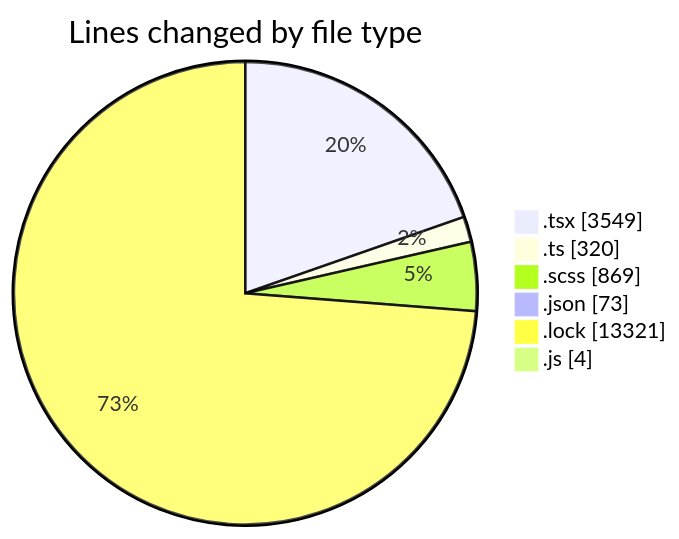
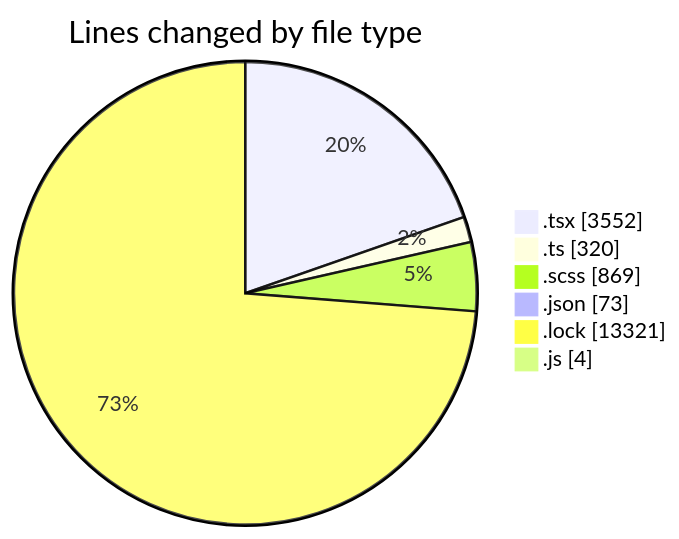
One commit to momahboobian/code-tracking changed the first of 2 diagrams in 2025-02-12/cda/README.md. Above: the diagram before and after it, drawn with Mermaid. The commit also changed other lines of this file and 1 other file, not shown here.

````diff
--- a/2025-02-12/cda/README.md
+++ b/2025-02-12/cda/README.md
@@ -41,10 +41,10 @@
 ```mermaid
 pie showData
 title Lines changed by file type
-".tsx" : 3549
+".tsx" : 3552
 ".ts" : 320
 ".scss" : 869
 ".json" : 73
 ".lock" : 13321
 ".js" : 4
 ```
````
